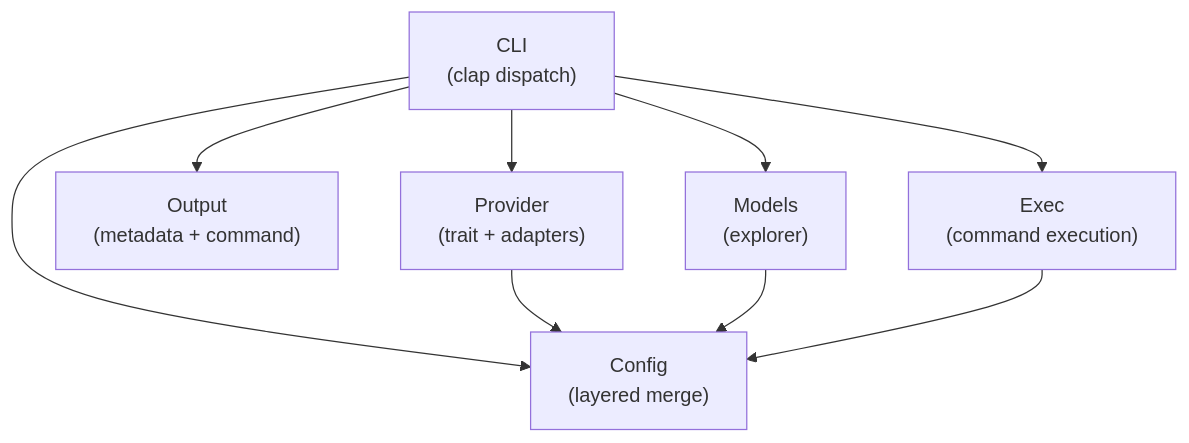
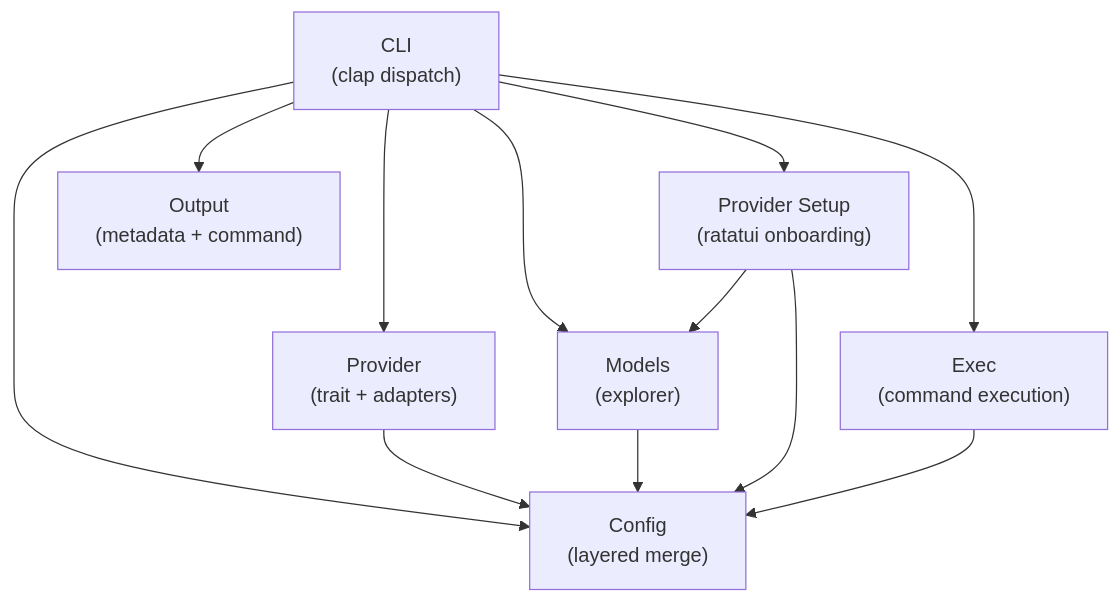
Before and after one commit to buster/watn: the diagram in docs/arc42/05-building-block-view.md, drawn with Mermaid. The commit also changed other lines of this file and 24 other files, not shown here.

Commit message:
feat(provider-setup): Configure a custom endpoint with a pasted credential

````diff
--- a/docs/arc42/05-building-block-view.md
+++ b/docs/arc42/05-building-block-view.md
@@ -5,18 +5,22 @@
 ```mermaid
 graph TB
     CLI["CLI<br/>(clap dispatch)"]
     Config["Config<br/>(layered merge)"]
     Provider["Provider<br/>(trait + adapters)"]
+    Setup["Provider Setup<br/>(ratatui onboarding)"]
     Output["Output<br/>(metadata + command)"]
     Models["Models<br/>(explorer)"]
     Exec["Exec<br/>(command execution)"]
 
     CLI --> Config
     CLI --> Provider
+    CLI --> Setup
     CLI --> Output
     CLI --> Models
     CLI --> Exec
     Provider --> Config
     Models --> Config
+    Setup --> Config
+    Setup --> Models
     Exec --> Config
 ```
````
